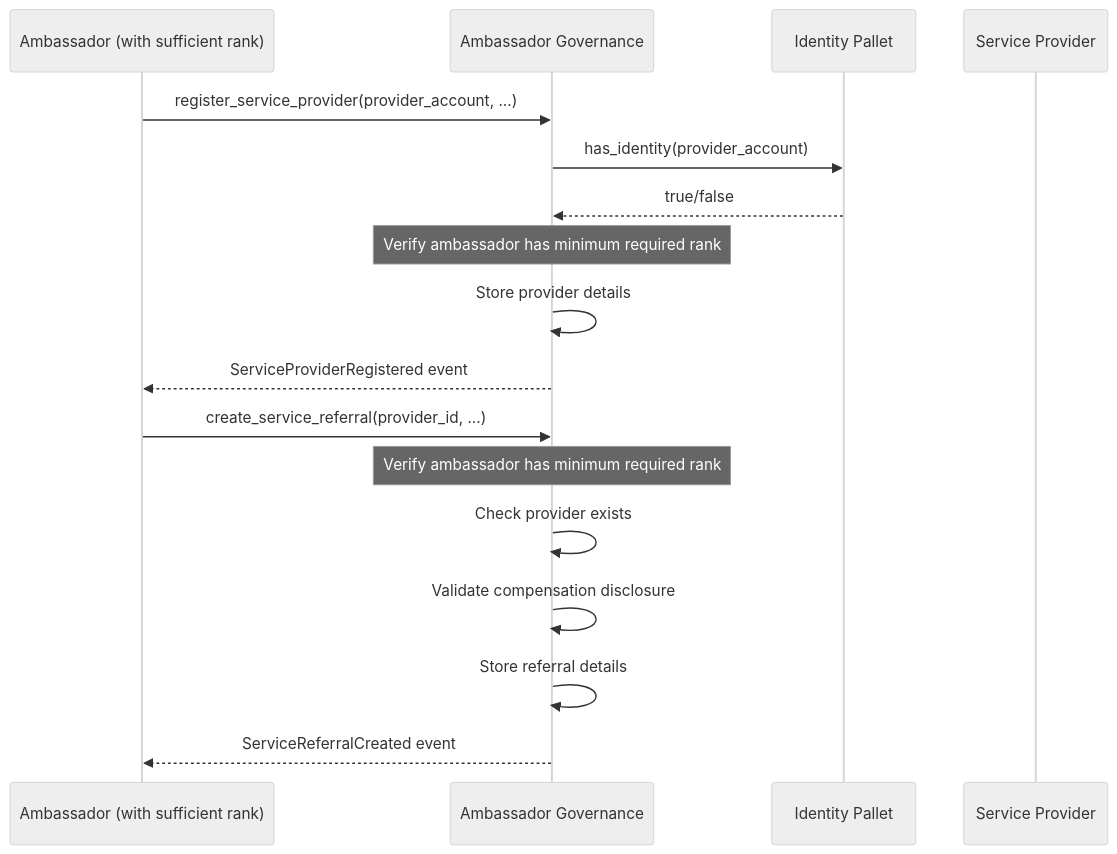
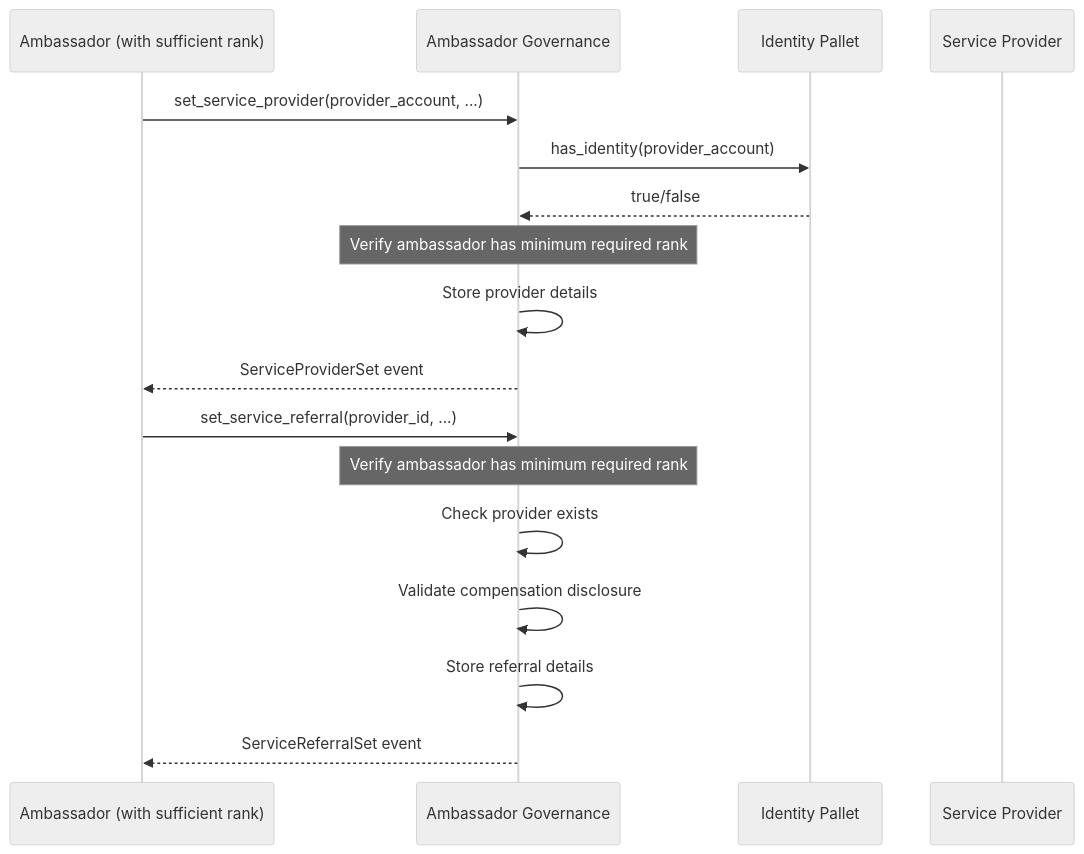
One commit to Doordashcon/runtimes changed diagram 13 of 15 in pallets/ambassador-governance/README.md. Above: the diagram before and after it, drawn with Mermaid (neutral theme). The commit also changed other lines of this file and 7 other files, not shown here.

````diff
--- a/pallets/ambassador-governance/README.md
+++ b/pallets/ambassador-governance/README.md
@@ -932,23 +960,23 @@
 ```mermaid
 sequenceDiagram
   participant A as Ambassador (with sufficient rank)
   participant AG as Ambassador Governance
   participant IP as Identity Pallet
   participant SP as Service Provider
 
   %% Service Provider Registration Flow
-  A->>AG: register_service_provider(provider_account, ...)
+  A->>AG: set_service_provider(provider_account, ...)
   AG->>IP: has_identity(provider_account)
   IP-->>AG: true/false
   Note over AG: Verify ambassador has minimum required rank
   AG->>AG: Store provider details
-  AG-->>A: ServiceProviderRegistered event
+  AG-->>A: ServiceProviderSet event
 
   %% Service Referral Flow
-  A->>AG: create_service_referral(provider_id, ...)
+  A->>AG: set_service_referral(provider_id, ...)
   Note over AG: Verify ambassador has minimum required rank
   AG->>AG: Check provider exists
   AG->>AG: Validate compensation disclosure
   AG->>AG: Store referral details
-  AG-->>A: ServiceReferralCreated event
+  AG-->>A: ServiceReferralSet event
 ```
````
